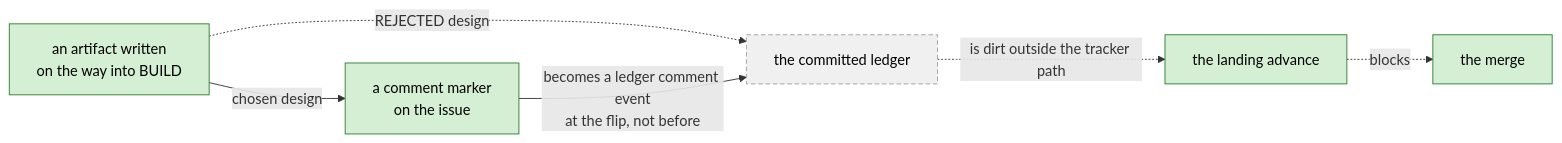
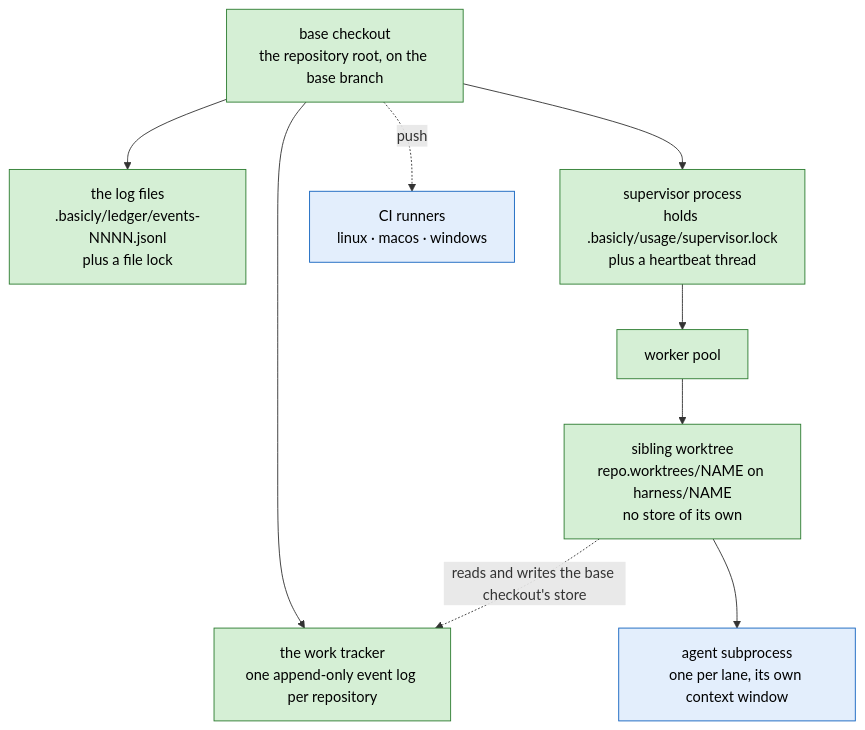
Before and after one commit to niksavis/basicly: diagram 15 of 16 in docs/architecture/architecture.md, drawn with Mermaid. The commit also changed other lines of this file and 6 other files, not shown here.

First line of the commit message:
docs(architecture)!: replace the reference with the rewritten one

````diff
--- a/docs/architecture/architecture.md
+++ b/docs/architecture/architecture.md
@@ -2166,19 +2823,25 @@
 ```mermaid
-flowchart LR
-  art["an artifact written<br/>on the way into BUILD"]
-  led["the committed ledger"]
-  sweep["the landing advance"]
-  merge["the merge"]
-  mark["a comment marker<br/>on the issue"]
+flowchart TB
+  base["base checkout<br/>the repository root, on the base branch"]
+  store["the work tracker<br/>one append-only event log per repository"]
+  ledger["the log files<br/>.basicly/ledger/events-NNNN.jsonl<br/>plus a file lock"]
+  sup["supervisor process<br/>holds .basicly/usage/supervisor.lock<br/>plus a heartbeat thread"]
+  pool["worker pool"]
+  wt1["sibling worktree<br/>repo.worktrees/NAME on harness/NAME<br/>no store of its own"]
+  agent["agent subprocess<br/>one per lane, its own context window"]
+  ci["CI runners<br/>linux · macos · windows"]
 
-  art -.->|"REJECTED design"| led
-  led -.->|"is dirt outside the tracker path"| sweep
-  sweep -.->|"blocks"| merge
-  art -->|"chosen design"| mark
-  mark -->|"becomes a ledger comment event<br/>at the flip, not before"| led
+  base --> store
+  base --> ledger
+  base --> sup
+  sup --> pool
+  pool --> wt1
+  wt1 --> agent
+  wt1 -.->|"reads and writes the base checkout's store"| store
+  base -.->|"push"| ci
 
-  classDef built fill:#d5efd5,stroke:#2e7d32,color:#000
-  classDef designed fill:#f0f0f0,stroke:#9e9e9e,color:#000,stroke-dasharray:5 3
-  class art,mark,sweep,merge built
-  class led designed
+  classDef shipped fill:#d5efd5,stroke:#2e7d32,color:#000
+  classDef external fill:#e3eefc,stroke:#1565c0,color:#000
+  class base,store,ledger,sup,pool,wt1 shipped
+  class agent,ci external
 ```
````
